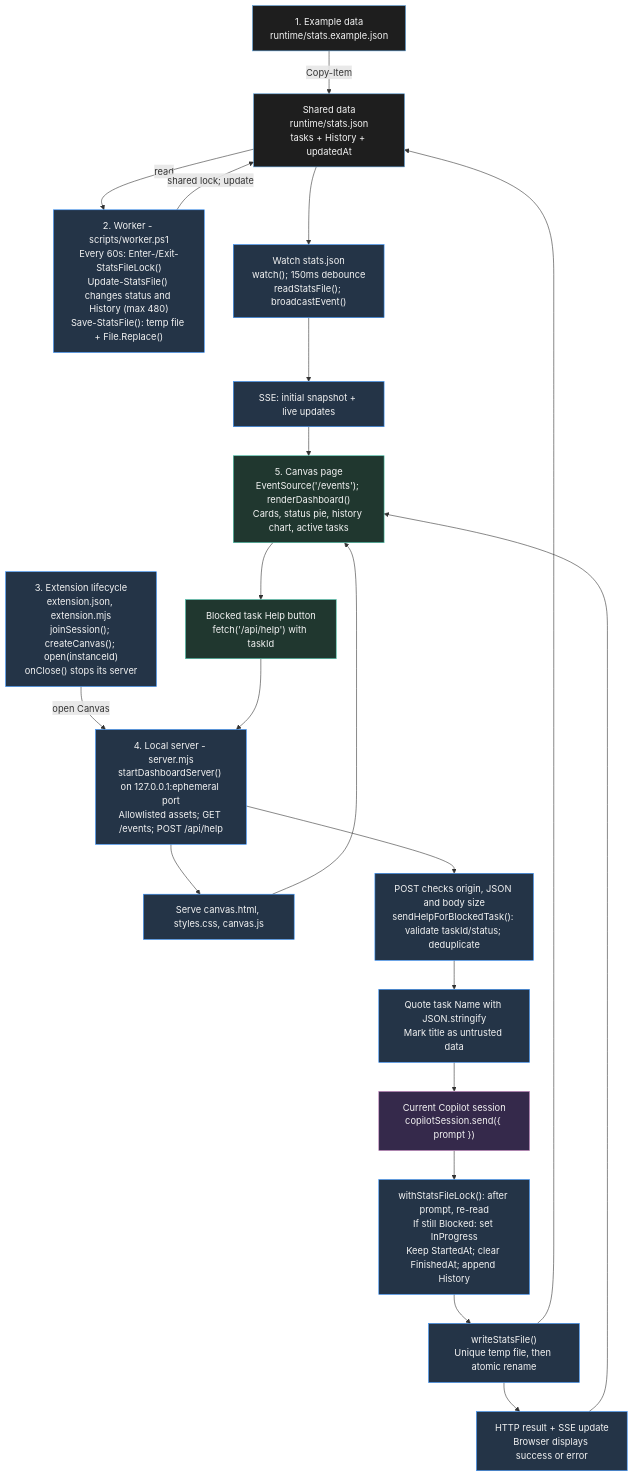
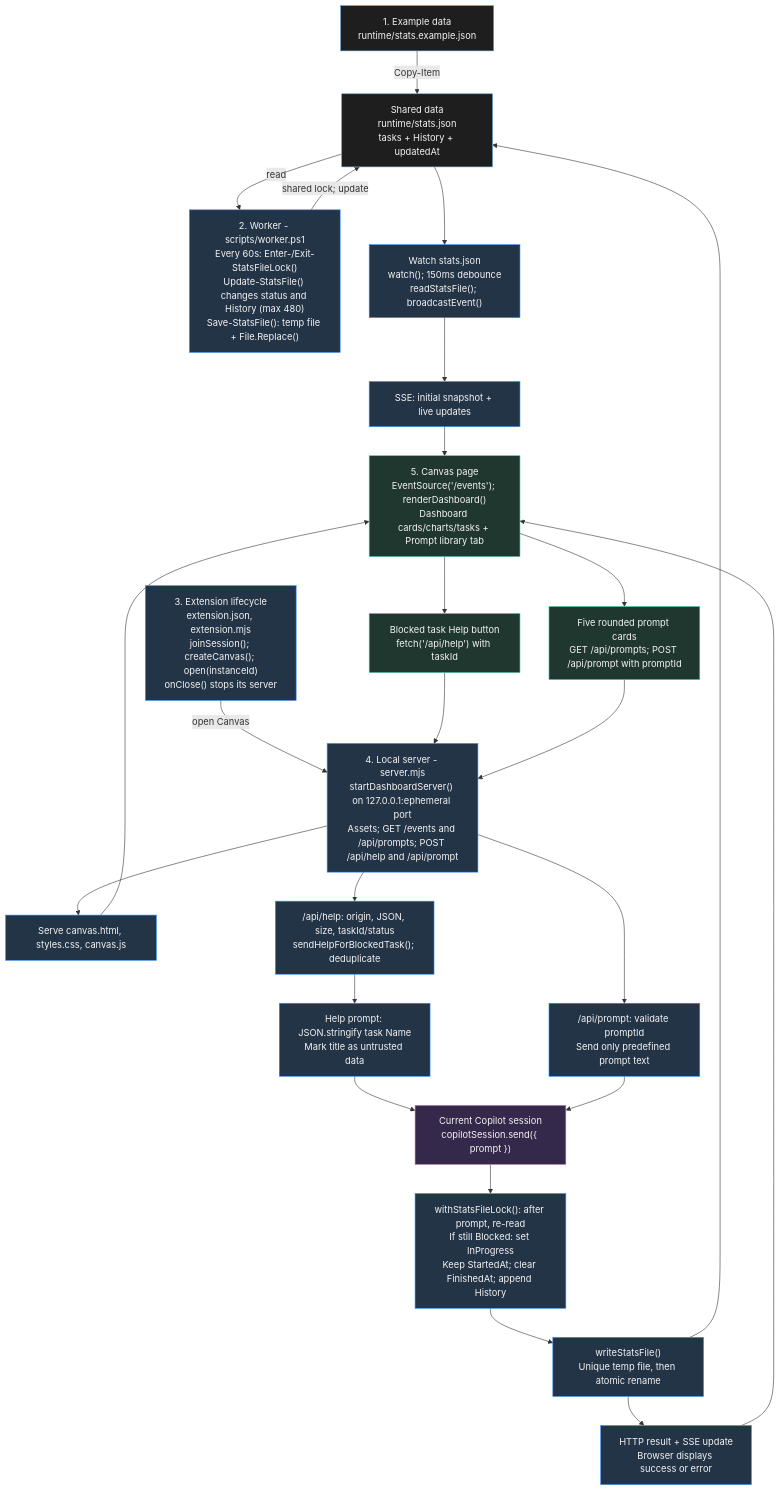
The diagram in README.md (Mint0logy/copilot-canvas-lab), drawn with Mermaid before and after one commit. The commit also changed other lines of this file and 5 other files, not shown here.

Commit message:
Add prompt library tab with five Copilot prompts

````diff
--- a/README.md
+++ b/README.md
@@ -44,35 +48,38 @@
 ```mermaid
 flowchart TB
   classDef file fill:#1e1e1e,stroke:#569cd6,color:#f3f3f3
   classDef service fill:#243447,stroke:#3794ff,color:#f3f3f3
   classDef page fill:#20372f,stroke:#4ec9b0,color:#f3f3f3
   classDef copilot fill:#35294b,stroke:#c586c0,color:#f3f3f3
 
   TEMPLATE["1. Example data<br/>runtime/stats.example.json"]:::file
   STATS["Shared data<br/>runtime/stats.json<br/>tasks + History + updatedAt"]:::file
   WORKER["2. Worker - scripts/worker.ps1<br/>Every 60s: Enter-/Exit-StatsFileLock()<br/>Update-StatsFile() changes status and History (max 480)<br/>Save-StatsFile(): temp file + File.Replace()"]:::service
   EXTENSION["3. Extension lifecycle<br/>extension.json, extension.mjs<br/>joinSession(); createCanvas(); open(instanceId)<br/>onClose() stops its server"]:::service
-  SERVER["4. Local server - server.mjs<br/>startDashboardServer() on 127.0.0.1:ephemeral port<br/>Allowlisted assets; GET /events; POST /api/help"]:::service
+  SERVER["4. Local server - server.mjs<br/>startDashboardServer() on 127.0.0.1:ephemeral port<br/>Assets; GET /events and /api/prompts; POST /api/help and /api/prompt"]:::service
   WATCHER["Watch stats.json<br/>watch(); 150ms debounce<br/>readStatsFile(); broadcastEvent()"]:::service
   ASSETS["Serve canvas.html, styles.css, canvas.js"]:::service
   SSE["SSE: initial snapshot + live updates"]:::service
-  CANVAS["5. Canvas page<br/>EventSource('/events'); renderDashboard()<br/>Cards, status pie, history chart, active tasks"]:::page
+  CANVAS["5. Canvas page<br/>EventSource('/events'); renderDashboard()<br/>Dashboard cards/charts/tasks + Prompt library tab"]:::page
   HELP_REQUEST["Blocked task Help button<br/>fetch('/api/help') with taskId"]:::page
-  VALIDATE["POST checks origin, JSON and body size<br/>sendHelpForBlockedTask(): validate taskId/status; deduplicate"]:::service
-  PROMPT["Quote task Name with JSON.stringify<br/>Mark title as untrusted data"]:::service
+  PROMPT_TAB["Five rounded prompt cards<br/>GET /api/prompts; POST /api/prompt with promptId"]:::page
+  VALIDATE["/api/help: origin, JSON, size, taskId/status<br/>sendHelpForBlockedTask(); deduplicate"]:::service
+  HELP_PROMPT["Help prompt: JSON.stringify task Name<br/>Mark title as untrusted data"]:::service
+  PROMPT_ALLOWLIST["/api/prompt: validate promptId<br/>Send only predefined prompt text"]:::service
   SESSION["Current Copilot session<br/>copilotSession.send({ prompt })"]:::copilot
   UPDATE["withStatsFileLock(): after prompt, re-read<br/>If still Blocked: set InProgress<br/>Keep StartedAt; clear FinishedAt; append History"]:::service
   WRITE["writeStatsFile()<br/>Unique temp file, then atomic rename"]:::service
   RESULT["HTTP result + SSE update<br/>Browser displays success or error"]:::service
 
   TEMPLATE -->|Copy-Item| STATS
   STATS -->|read| WORKER
   WORKER -->|shared lock; update| STATS
   EXTENSION -->|open Canvas| SERVER
   SERVER --> ASSETS --> CANVAS
   STATS --> WATCHER --> SSE --> CANVAS
-  CANVAS --> HELP_REQUEST --> SERVER
-  SERVER --> VALIDATE --> PROMPT --> SESSION --> UPDATE --> WRITE --> STATS
+  CANVAS --> HELP_REQUEST --> SERVER --> VALIDATE --> HELP_PROMPT --> SESSION
+  CANVAS --> PROMPT_TAB --> SERVER --> PROMPT_ALLOWLIST --> SESSION
+  SESSION --> UPDATE --> WRITE --> STATS
   WRITE --> RESULT --> CANVAS
 
 ```
````
